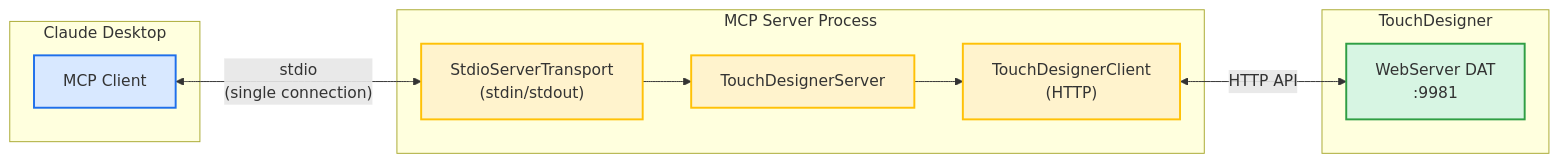
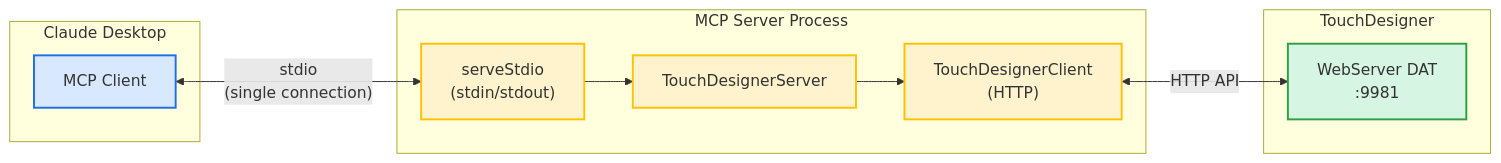
Before and after one commit to 8beeeaaat/touchdesigner-mcp: the second of 9 diagrams in docs/architecture.md, drawn with Mermaid. The commit also changed other lines of this file and 42 other files, not shown here.

````diff
--- a/docs/architecture.md
+++ b/docs/architecture.md
@@ -93,29 +89,29 @@
 ```mermaid
 flowchart LR
     subgraph Client ["Claude Desktop"]
         C1["MCP Client"]
     end
 
     subgraph Server ["MCP Server Process"]
-        S1["StdioServerTransport<br/>(stdin/stdout)"]
+        S1["serveStdio<br/>(stdin/stdout)"]
         S2["TouchDesignerServer"]
         S3["TouchDesignerClient<br/>(HTTP)"]
     end
 
     subgraph TD ["TouchDesigner"]
         T1["WebServer DAT<br/>:9981"]
     end
 
     C1 <-->|"stdio<br/>(single connection)"| S1
     S1 --> S2
     S2 --> S3
     S3 <-->|"HTTP API"| T1
 
     classDef client fill:#d8e8ff,stroke:#1f6feb,stroke-width:2px
     classDef server fill:#fff3cd,stroke:#ffc107,stroke-width:2px
     classDef td fill:#d7f5e3,stroke:#2f9e44,stroke-width:2px
 
     class C1 client
     class S1,S2,S3 server
     class T1 td
 ```
````
